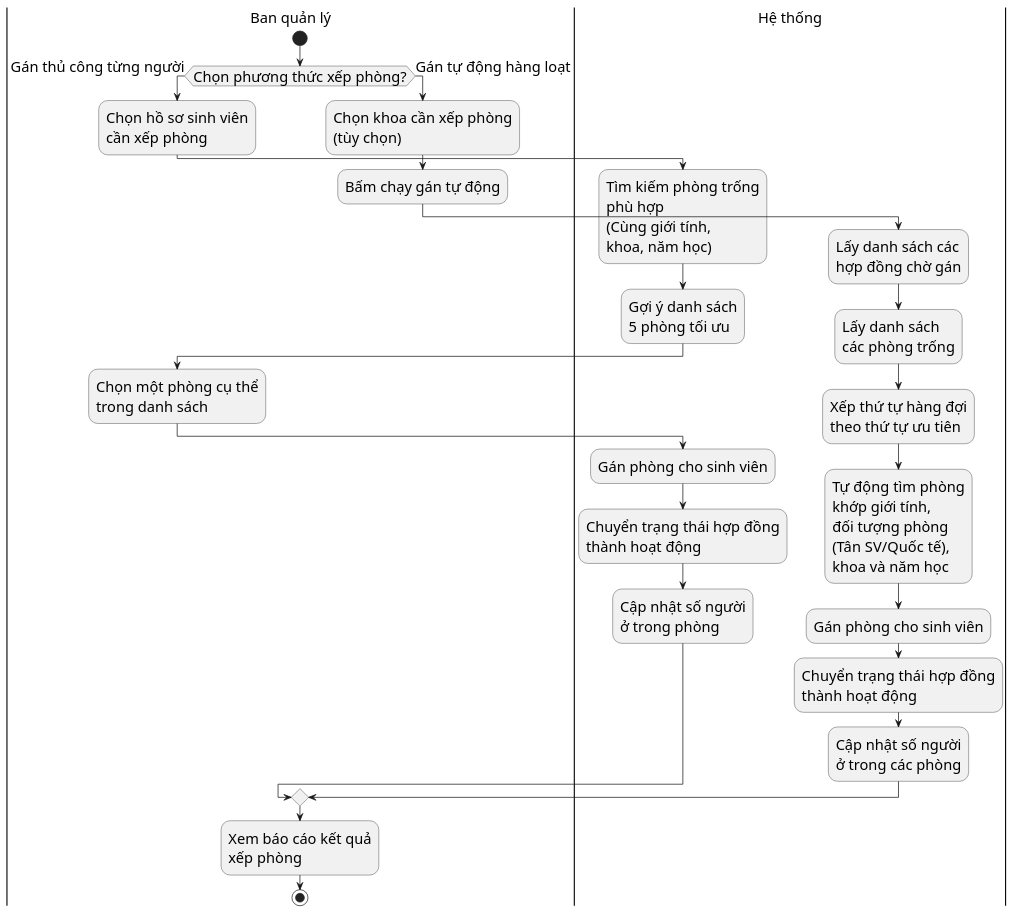
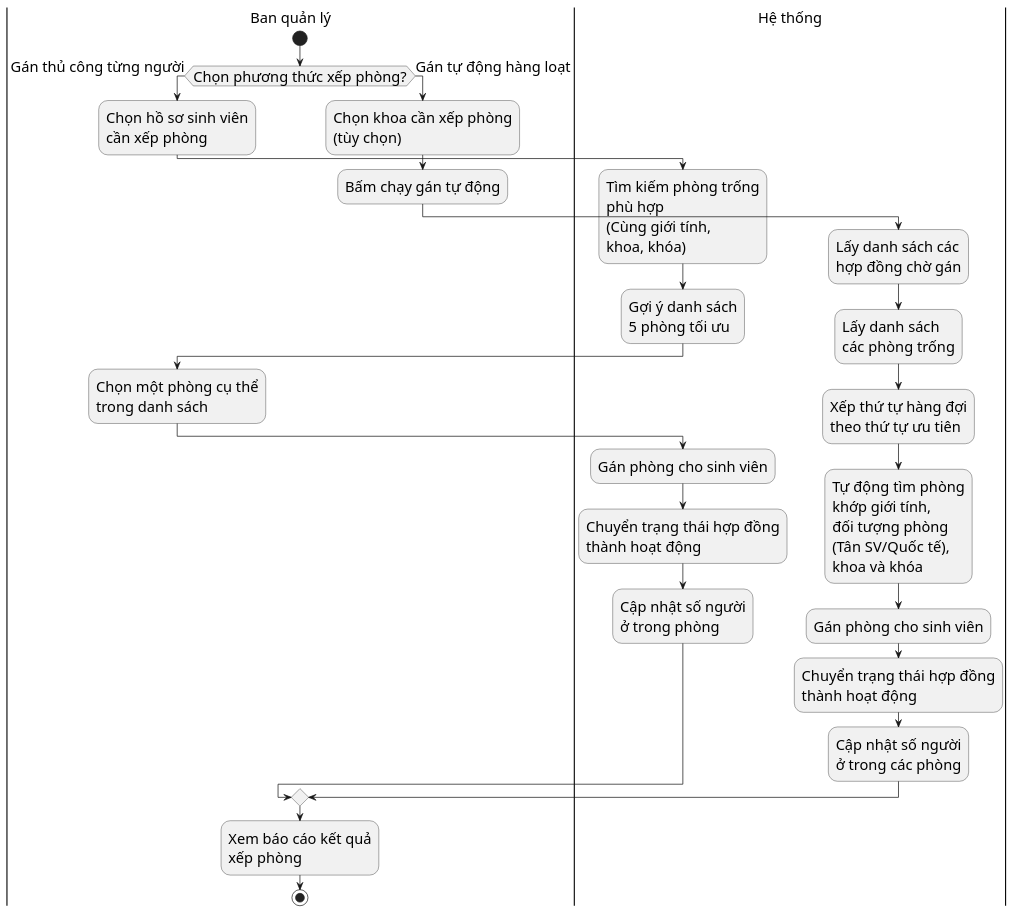
Before and after one commit to s0nbuildtech287/dormitory-frontend: the diagram in diagrams/nhomphonghopdong/room_assignment_activity.puml, drawn with PlantUML. The commit also changed 1 other file, not shown here.

```diff
--- a/diagrams/nhomphonghopdong/room_assignment_activity.puml
+++ b/diagrams/nhomphonghopdong/room_assignment_activity.puml
@@ -1,33 +1,33 @@
 @startuml "Room Assignment Activity"
 skinparam defaultFontSize 20
 skinparam defaultFontName "Times New Roman"
 |Ban quản lý|
 start
 if (Chọn phương thức xếp phòng?) then (Gán thủ công từng người)
   :Chọn hồ sơ sinh viên\ncần xếp phòng;
   |Hệ thống|
-  :Tìm kiếm phòng trống\nphù hợp\n(Cùng giới tính,\nkhoa, năm học);
+  :Tìm kiếm phòng trống\nphù hợp\n(Cùng giới tính,\nkhoa, khóa);
   :Gợi ý danh sách\n5 phòng tối ưu;
   |Ban quản lý|
   :Chọn một phòng cụ thể\ntrong danh sách;
   |Hệ thống|
   :Gán phòng cho sinh viên;
   :Chuyển trạng thái hợp đồng\nthành hoạt động;
   :Cập nhật số người\nở trong phòng;
 else (Gán tự động hàng loạt)
   |Ban quản lý|
   :Chọn khoa cần xếp phòng\n(tùy chọn);
   :Bấm chạy gán tự động;
   |Hệ thống|
   :Lấy danh sách các\nhợp đồng chờ gán;
   :Lấy danh sách\ncác phòng trống;
   :Xếp thứ tự hàng đợi\ntheo thứ tự ưu tiên;
-  :Tự động tìm phòng\nkhớp giới tính,\nđối tượng phòng\n(Tân SV/Quốc tế),\nkhoa và năm học;
+  :Tự động tìm phòng\nkhớp giới tính,\nđối tượng phòng\n(Tân SV/Quốc tế),\nkhoa và khóa;
   :Gán phòng cho sinh viên;
   :Chuyển trạng thái hợp đồng\nthành hoạt động;
   :Cập nhật số người\nở trong các phòng;
 endif
 |Ban quản lý|
 :Xem báo cáo kết quả\nxếp phòng;
 stop
 @enduml
```
